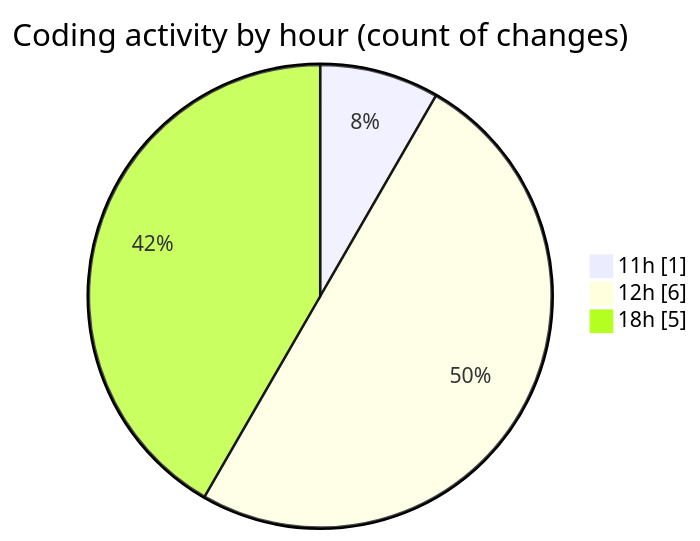
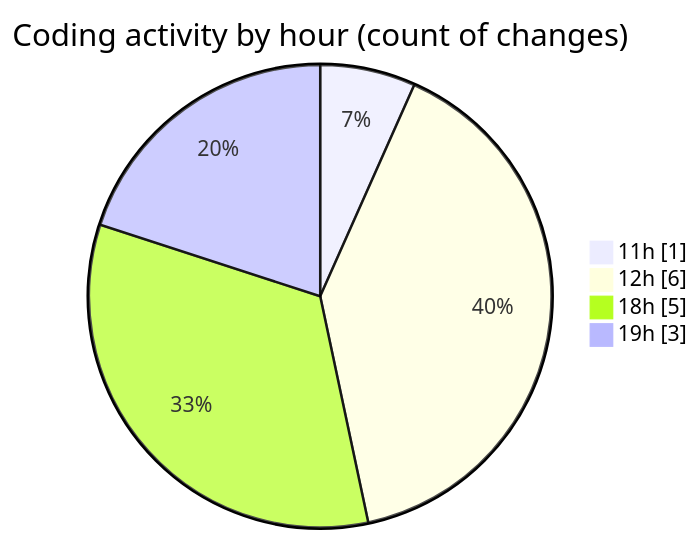
The second of 2 diagrams in 2026-05-17/nxtqube_webapp/README.md (nxtqubesakshisongat/code-tracking), drawn with Mermaid before and after one commit. The commit also changed other lines of this file and 1 other file, not shown here.

````diff
--- a/2026-05-17/nxtqube_webapp/README.md
+++ b/2026-05-17/nxtqube_webapp/README.md
@@ -31,7 +32,8 @@
 ```mermaid
 pie showData
 title Coding activity by hour (count of changes)
 "11h" : 1
 "12h" : 6
 "18h" : 5
+"19h" : 3
 ```
````
